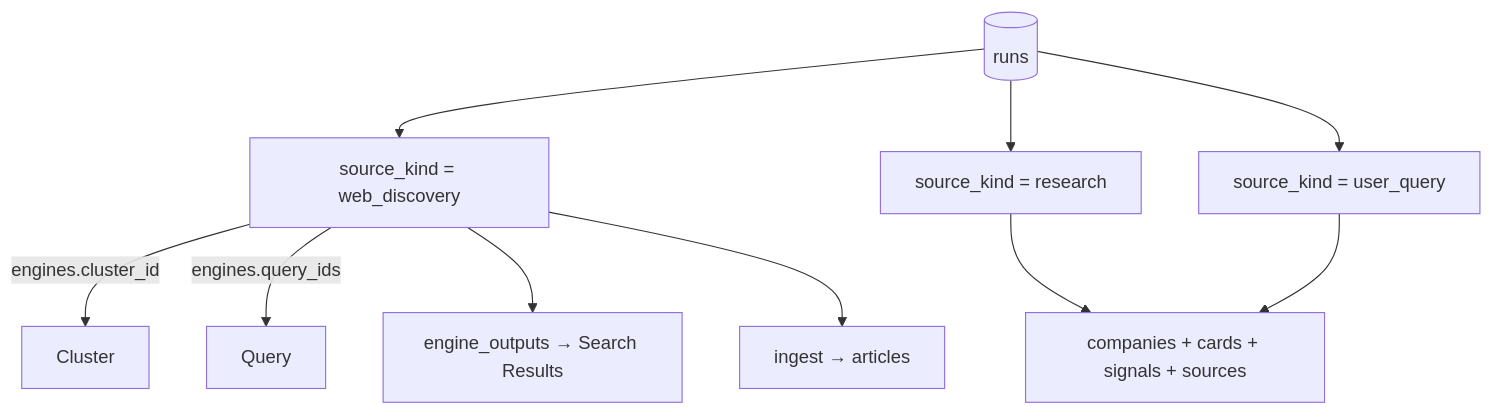
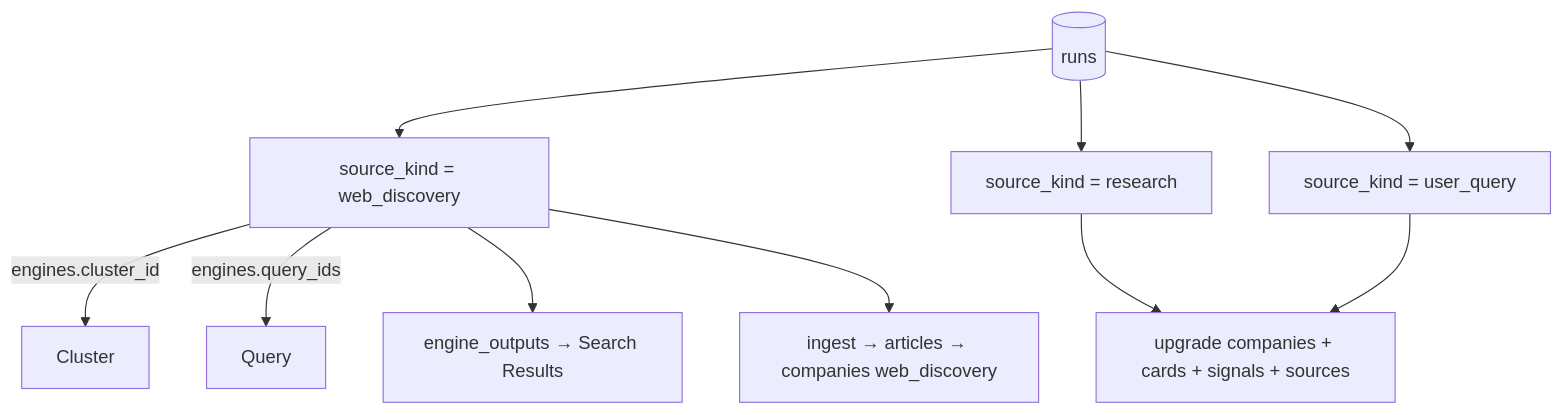
Before and after one commit to Growth-Maschine/NORAD-INTEL-ENGINE-V1: the eighth of 10 diagrams in docs/phase-1/P1-04-admin.md, drawn with Mermaid. The commit also changed other lines of this file and 8 other files, not shown here.

````diff
--- a/docs/phase-1/P1-04-admin.md
+++ b/docs/phase-1/P1-04-admin.md
@@ -1053,16 +1078,16 @@
 ```mermaid
 flowchart TD
     RUNS[(runs)]
 
     RUNS --> WD[source_kind = web_discovery]
     RUNS --> RS[source_kind = research]
     RUNS --> UQ[source_kind = user_query]
 
     WD --> |engines.cluster_id| CL[Cluster]
     WD --> |engines.query_ids| Q[Query]
     WD --> OUT1[engine_outputs → Search Results]
-    WD --> OUT2[ingest → articles]
+    WD --> OUT2[ingest → articles → companies web_discovery]
 
-    RS --> OUT3[companies + cards + signals + sources]
+    RS --> OUT3[upgrade companies + cards + signals + sources]
     UQ --> OUT3
 ```
````
